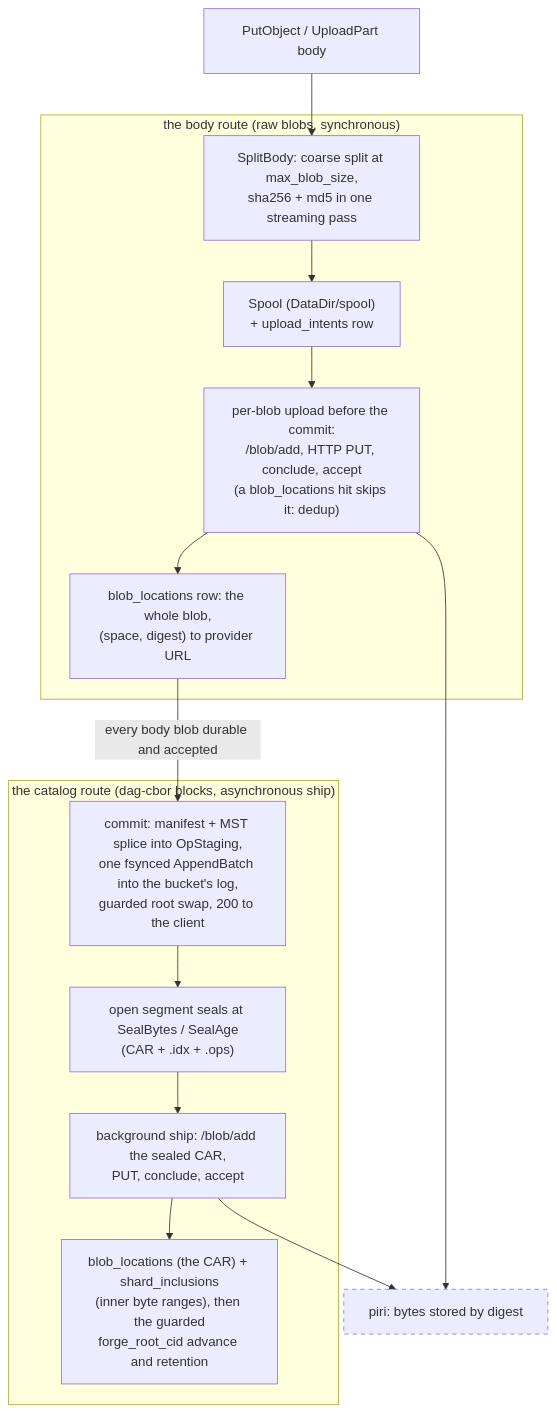
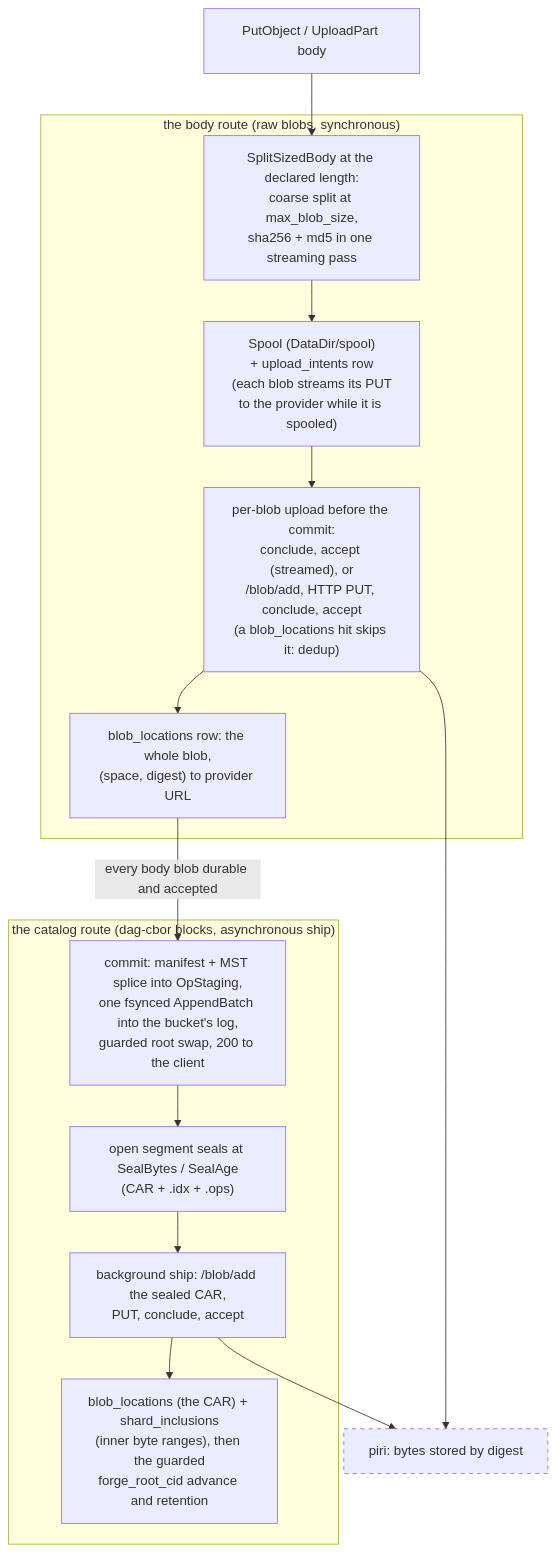
Before and after one commit to fil-forge/ingot: the third of 14 diagrams in docs/diagrams.md, drawn with Mermaid. The commit also changed other lines of this file and 30 other files, not shown here.

Commit message:
feat: blob hash trails uploaded data

````diff
--- a/docs/diagrams.md
+++ b/docs/diagrams.md
@@ -174,30 +174,30 @@
 ```mermaid
 flowchart TB
     put["PutObject / UploadPart body"]
 
     subgraph bodyr["the body route (raw blobs, synchronous)"]
-        split["SplitBody: coarse split at max_blob_size,<br/>sha256 + md5 in one streaming pass"]
-        spool["Spool (DataDir/spool)<br/>+ upload_intents row"]
-        upload["per-blob upload before the commit:<br/>/blob/add, HTTP PUT, conclude, accept<br/>(a blob_locations hit skips it: dedup)"]
+        split["SplitSizedBody at the declared length:<br/>coarse split at max_blob_size,<br/>sha256 + md5 in one streaming pass"]
+        spool["Spool (DataDir/spool)<br/>+ upload_intents row<br/>(each blob streams its PUT<br/>to the provider while it is spooled)"]
+        upload["per-blob upload before the commit:<br/>conclude, accept (streamed), or<br/>/blob/add, HTTP PUT, conclude, accept<br/>(a blob_locations hit skips it: dedup)"]
         bloc["blob_locations row: the whole blob,<br/>(space, digest) to provider URL"]
         split --> spool --> upload --> bloc
     end
 
     subgraph catr["the catalog route (dag-cbor blocks, asynchronous ship)"]
         commit["commit: manifest + MST splice into OpStaging,<br/>one fsynced AppendBatch into the bucket's log,<br/>guarded root swap, 200 to the client"]
         seal["open segment seals at SealBytes / SealAge<br/>(CAR + .idx + .ops)"]
         ship["background ship: /blob/add the sealed CAR,<br/>PUT, conclude, accept"]
         incl["blob_locations (the CAR) + shard_inclusions<br/>(inner byte ranges), then the guarded<br/>forge_root_cid advance and retention"]
         commit --> seal --> ship --> incl
     end
 
     piri["piri: bytes stored by digest"]
 
     put --> split
     bloc -->|"every body blob durable and accepted"| commit
     upload --> piri
     ship --> piri
 
     classDef external stroke-dasharray: 5 5
     class piri external
 ```
````
